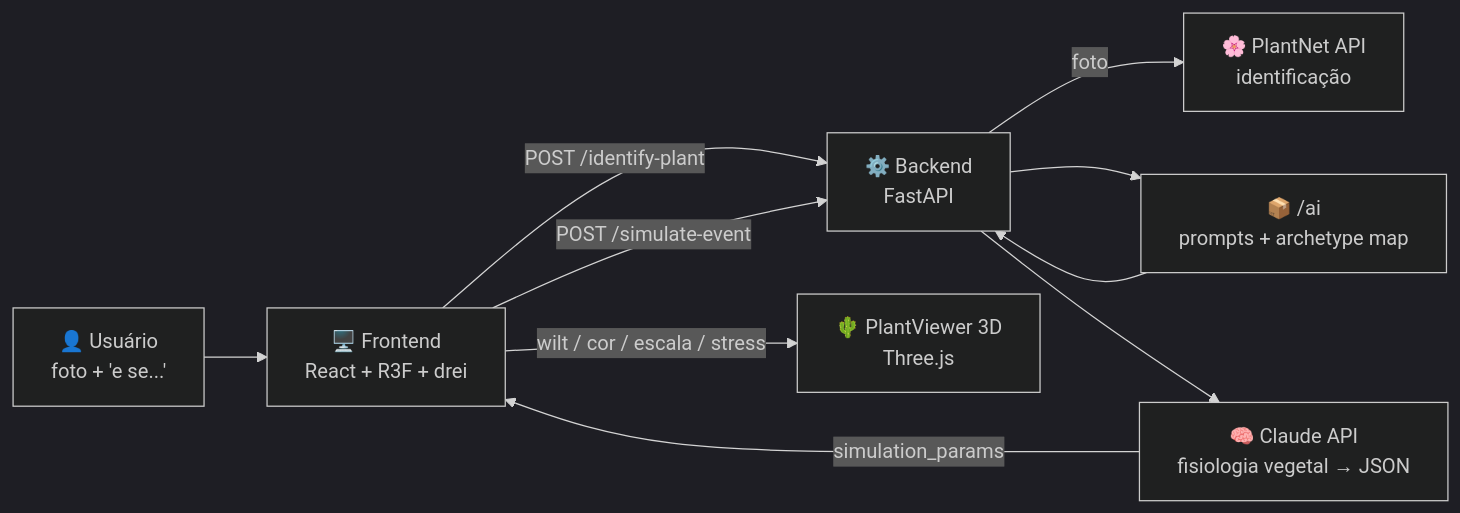
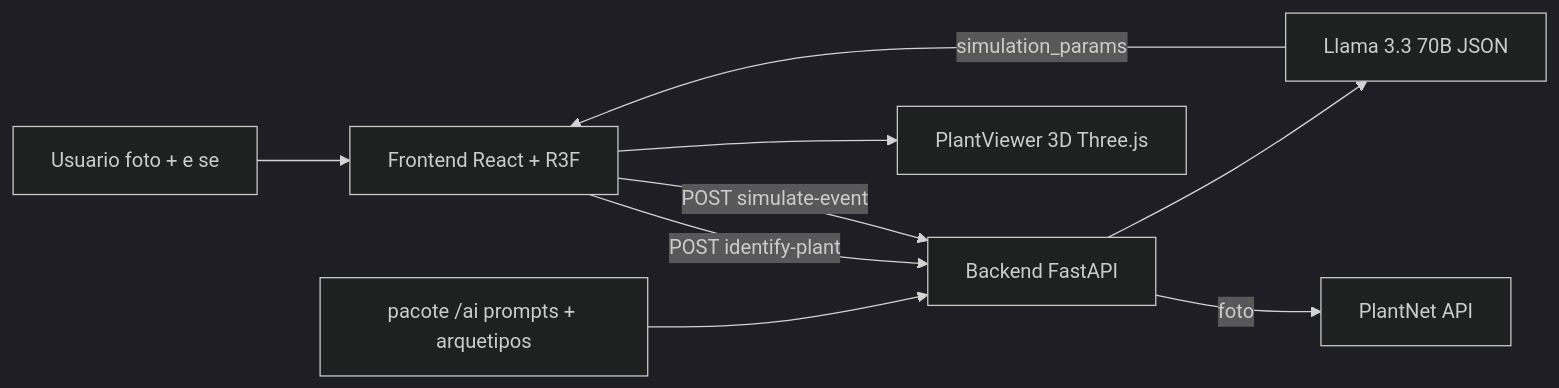
The diagram in README.md (BryanMoreira0717/PlantLab), drawn with Mermaid (dark theme) before and after one commit. The commit also changed other lines of this file and 32 other files, not shown here.

````diff
--- a/README.md
+++ b/README.md
@@ -172,12 +48,11 @@
 ```mermaid
 flowchart LR
-    U[👤 Usuário<br/>foto + 'e se...'] --> F[🖥️ Frontend<br/>React + R3F + drei]
-    F -->|POST /identify-plant| B[⚙️ Backend<br/>FastAPI]
-    B -->|foto| P[🌸 PlantNet API<br/>identificação]
-    B --> A
-    F -->|POST /simulate-event| B
-    B --> C[🧠 Claude API<br/>fisiologia vegetal → JSON]
+    U[Usuario foto + e se] --> F[Frontend React + R3F]
+    F -->|POST identify-plant| B[Backend FastAPI]
+    B -->|foto| P[PlantNet API]
+    F -->|POST simulate-event| B
+    B --> C[Llama 3.3 70B JSON]
     C -->|simulation_params| F
-    F -->|wilt / cor / escala / stress| V[🌵 PlantViewer 3D<br/>Three.js]
-    A[📦 /ai<br/>prompts + archetype map] --> B
+    F --> V[PlantViewer 3D Three.js]
+    A[pacote /ai prompts + arquetipos] --> B
 ```
````
